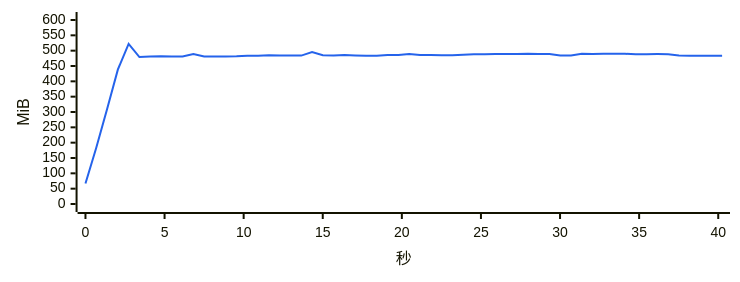
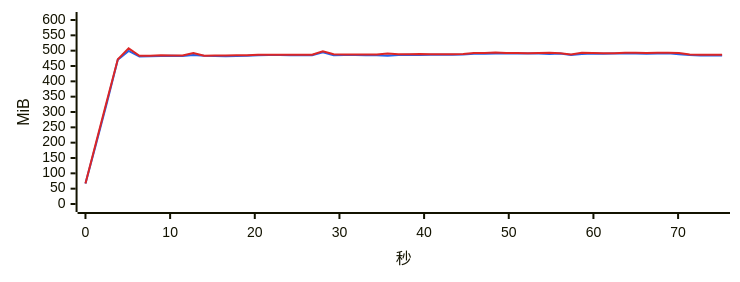
Before and after one commit to 334456777/WeFlow: the second of 17 diagrams in bench/v4.0.0/summary.md, drawn with Mermaid. The commit also changed other lines of this file and 3 other files, not shown here.

````diff
--- a/bench/v4.0.0/summary.md
+++ b/bench/v4.0.0/summary.md
@@ -299,7 +298,8 @@
 ```mermaid
-%%{init: {"xyChart": {"width": 720, "height": 260}, "themeVariables": {"xyChart": {"plotColorPalette": "#2563eb"}}}}%%
+%%{init: {"xyChart": {"width": 720, "height": 260}, "themeVariables": {"xyChart": {"plotColorPalette": "#2563eb, #dc2626"}}}}%%
 xychart-beta
-    x-axis "秒" 0 --> 40.245
+    x-axis "秒" 0 --> 75.2
     y-axis "MiB" 0 --> 600
-    line [66.8, 183.3, 309.2, 438.2, 522.3, 479.2, 480.7, 481.4, 481.3, 481.1, 489.3, 480.7, 481.1, 481.3, 481.8, 483.5, 483.4, 484.7, 483.9, 483.9, 483.9, 495.4, 484.9, 484.6, 485.6, 484.6, 483.4, 483.5, 485.7, 485.7, 489.1, 485.6, 485.5, 484.7, 485.4, 486.6, 488.2, 488.7, 489.0, 488.8, 489.4, 489.6, 489.0, 489.1, 484.2, 484.2, 489.6, 489.2, 489.7, 489.7, 489.7, 488.3, 488.7, 488.8, 488.3, 484.4, 483.2, 483.2, 483.2, 483.2]
+    line [66.5, 197.9, 332.2, 470.8, 499.0, 480.7, 482.1, 482.8, 483.5, 482.6, 485.6, 483.7, 482.9, 482.2, 482.8, 483.6, 485.2, 486.0, 486.1, 484.7, 484.7, 485.0, 495.1, 485.4, 486.1, 485.8, 485.3, 485.3, 483.6, 485.5, 486.3, 486.1, 486.9, 486.6, 486.6, 487.4, 490.3, 490.2, 490.7, 490.8, 490.8, 490.8, 490.7, 489.5, 490.8, 485.5, 489.3, 490.8, 490.3, 491.1, 490.7, 491.0, 490.0, 490.7, 491.2, 488.6, 485.7, 484.5, 484.5, 484.6]
+    line [67.0, 203.0, 338.4, 471.8, 507.7, 483.4, 483.4, 484.8, 484.0, 484.0, 492.6, 483.4, 484.1, 484.1, 484.8, 485.4, 486.3, 486.9, 486.9, 486.6, 486.5, 486.7, 498.1, 488.3, 487.2, 487.2, 487.3, 487.3, 490.9, 488.2, 488.2, 489.0, 488.5, 488.5, 488.0, 488.8, 492.3, 492.5, 493.8, 492.7, 492.3, 491.6, 492.6, 492.9, 491.8, 487.6, 492.9, 492.0, 491.7, 491.7, 493.0, 493.0, 492.0, 492.9, 493.1, 492.0, 487.8, 486.7, 486.7, 486.7]
 ```
````
